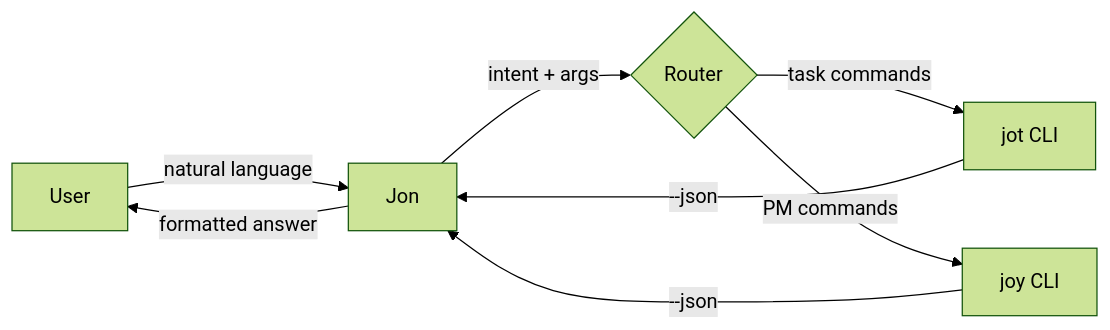
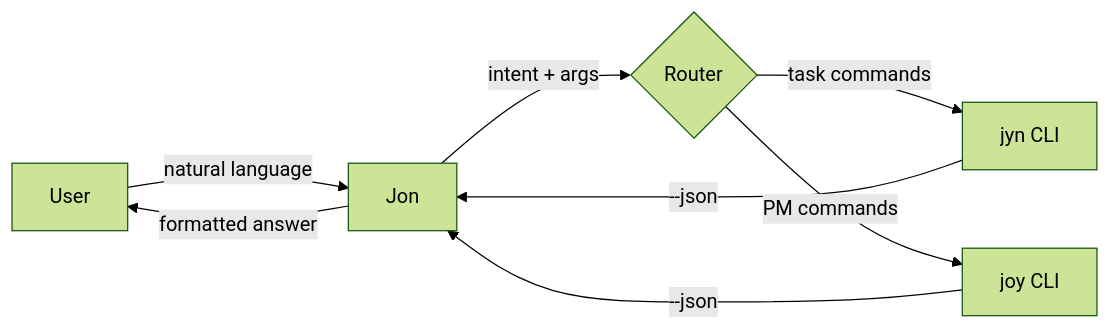
The first of 2 diagrams in docs/dev/vision/README.md (joyint/jon), drawn with Mermaid (forest theme) before and after one commit. The commit also changed other lines of this file and 7 other files, not shown here.

First line of the commit message:
chore: rename jot references to jyn across jon [no-item]

````diff
--- a/docs/dev/vision/README.md
+++ b/docs/dev/vision/README.md
@@ -130,10 +130,10 @@
 ```mermaid
 flowchart LR
     U[User] -->|natural language| J[Jon]
     J -->|intent + args| R{Router}
-    R -->|task commands| JOT[jot CLI]
+    R -->|task commands| JOT[jyn CLI]
     R -->|PM commands| JOY[joy CLI]
     JOT -->|--json| J
     JOY -->|--json| J
     J -->|formatted answer| U
 ```
````
